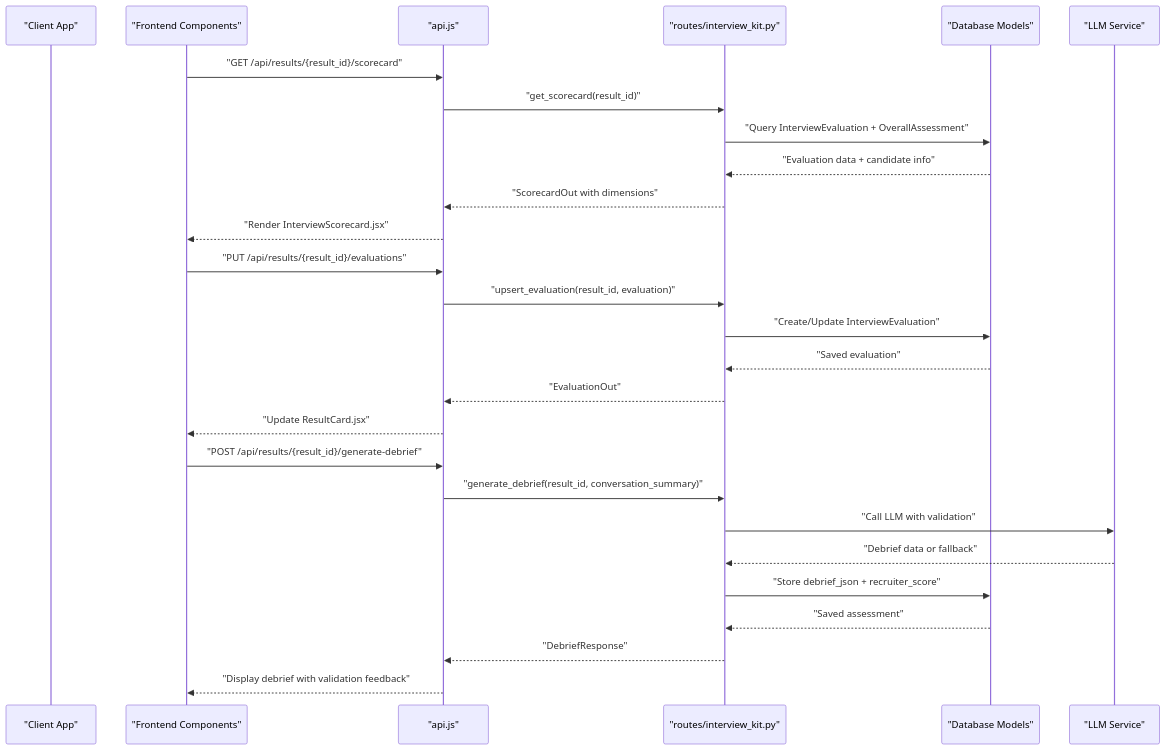
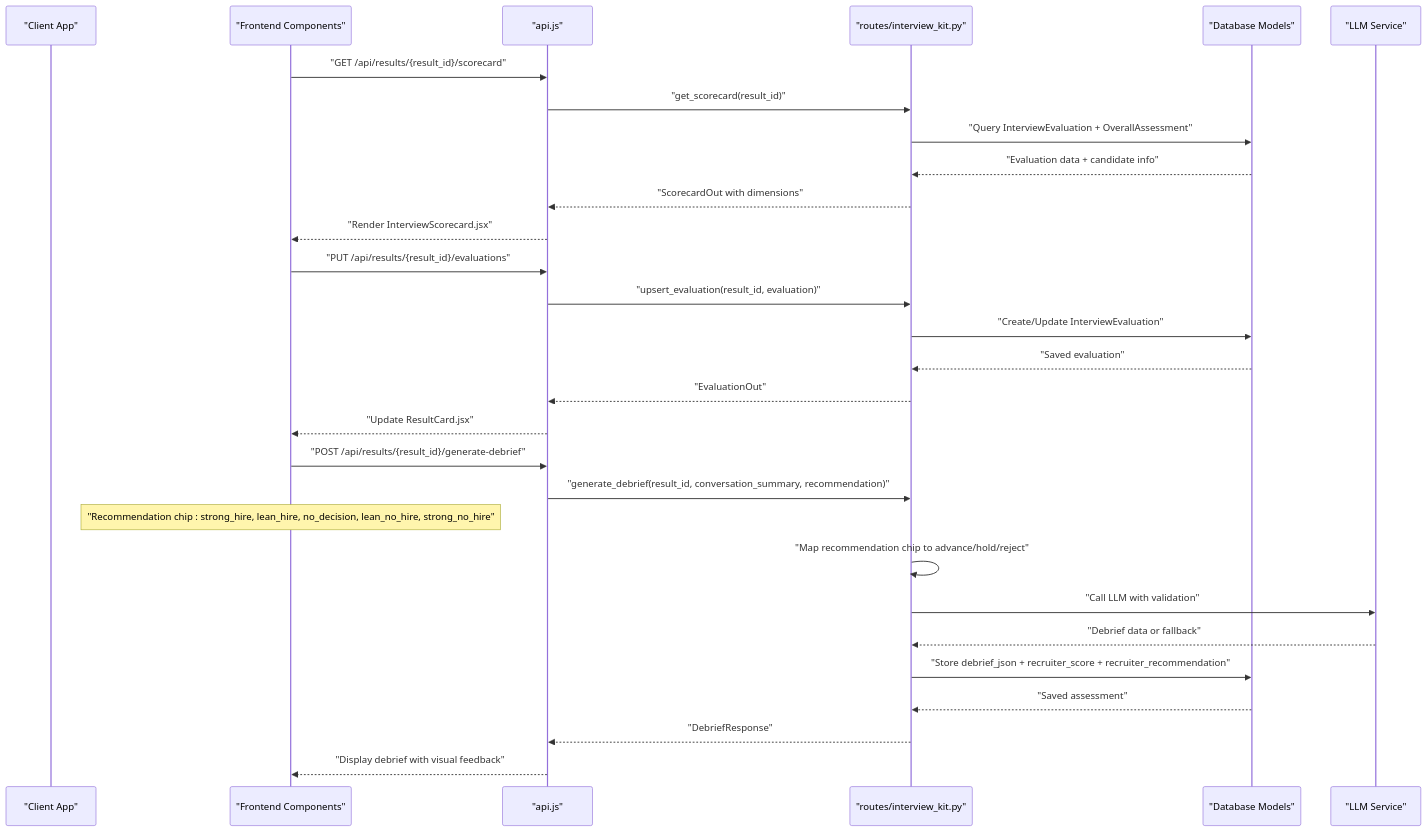
The second of 15 diagrams in .qoder/repowiki/en/content/Video Analysis/Interview Analysis Workflow.md (Revanththetalogics/aireume), drawn with Mermaid before and after one commit. The commit also changed other lines of this file and 4 other files, not shown here.

````diff
--- a/.qoder/repowiki/en/content/Video Analysis/Interview Analysis Workflow.md
+++ b/.qoder/repowiki/en/content/Video Analysis/Interview Analysis Workflow.md
@@ -178,29 +182,31 @@
 ```mermaid
 sequenceDiagram
 participant Client as "Client App"
 participant FE as "Frontend Components"
 participant API as "api.js"
 participant Route as "routes/interview_kit.py"
 participant DB as "Database Models"
 participant LLM as "LLM Service"
 FE->>API : "GET /api/results/{result_id}/scorecard"
 API->>Route : "get_scorecard(result_id)"
 Route->>DB : "Query InterviewEvaluation + OverallAssessment"
 DB-->>Route : "Evaluation data + candidate info"
 Route-->>API : "ScorecardOut with dimensions"
 API-->>FE : "Render InterviewScorecard.jsx"
 FE->>API : "PUT /api/results/{result_id}/evaluations"
 API->>Route : "upsert_evaluation(result_id, evaluation)"
 Route->>DB : "Create/Update InterviewEvaluation"
 DB-->>Route : "Saved evaluation"
 Route-->>API : "EvaluationOut"
 API-->>FE : "Update ResultCard.jsx"
 FE->>API : "POST /api/results/{result_id}/generate-debrief"
-API->>Route : "generate_debrief(result_id, conversation_summary)"
+API->>Route : "generate_debrief(result_id, conversation_summary, recommendation)"
+Note over FE : "Recommendation chip : strong_hire, lean_hire, no_decision, lean_no_hire, strong_no_hire"
+Route->>Route : "Map recommendation chip to advance/hold/reject"
 Route->>LLM : "Call LLM with validation"
 LLM-->>Route : "Debrief data or fallback"
-Route->>DB : "Store debrief_json + recruiter_score"
+Route->>DB : "Store debrief_json + recruiter_score + recruiter_recommendation"
 DB-->>Route : "Saved assessment"
 Route-->>API : "DebriefResponse"
-API-->>FE : "Display debrief with validation feedback"
+API-->>FE : "Display debrief with visual feedback"
 ```
````
